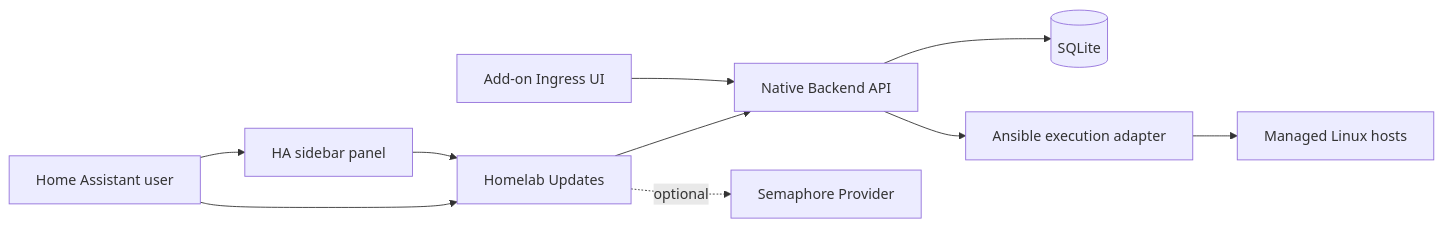
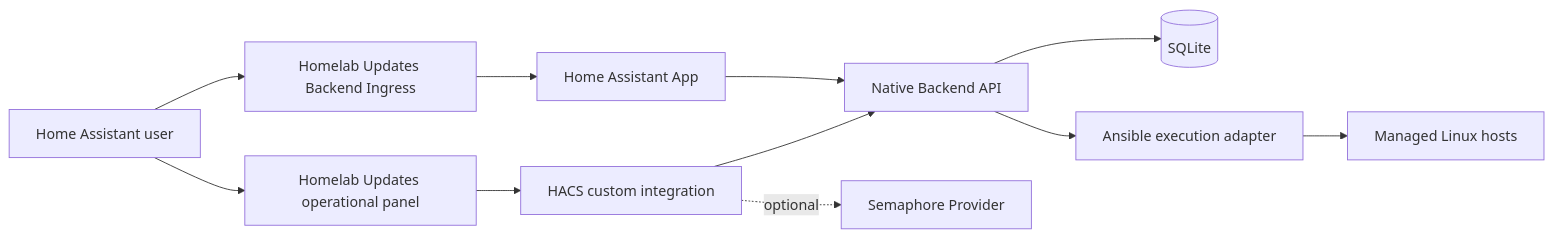
One commit to V3rfr3ss3n/Homelab-Commander changed the first of 2 diagrams in docs/02-architecture/overview.md. Above: the diagram before and after it, drawn with Mermaid. The commit also changed other lines of this file and 29 other files, not shown here.

Commit message:
fix: repair Home Assistant app ingress

````diff
--- a/docs/02-architecture/overview.md
+++ b/docs/02-architecture/overview.md
@@ -12,12 +12,13 @@
 ```mermaid
 flowchart LR
-    U[Home Assistant user] --> HA[Homelab Updates]
-    U --> HP[HA sidebar panel]
-    HP --> HA
+    U[Home Assistant user] --> HP[Homelab Updates operational panel]
+    U --> UI[Homelab Updates Backend Ingress]
+    HP --> HA[HACS custom integration]
     HA --> NB[Native Backend API]
     HA -. optional .-> SE[Semaphore Provider]
-    UI[Add-on Ingress UI] --> NB
+    UI --> APP[Home Assistant App]
+    APP --> NB
     NB --> DB[(SQLite)]
     NB --> AN[Ansible execution adapter]
     AN --> H[Managed Linux hosts]
 ```
````
